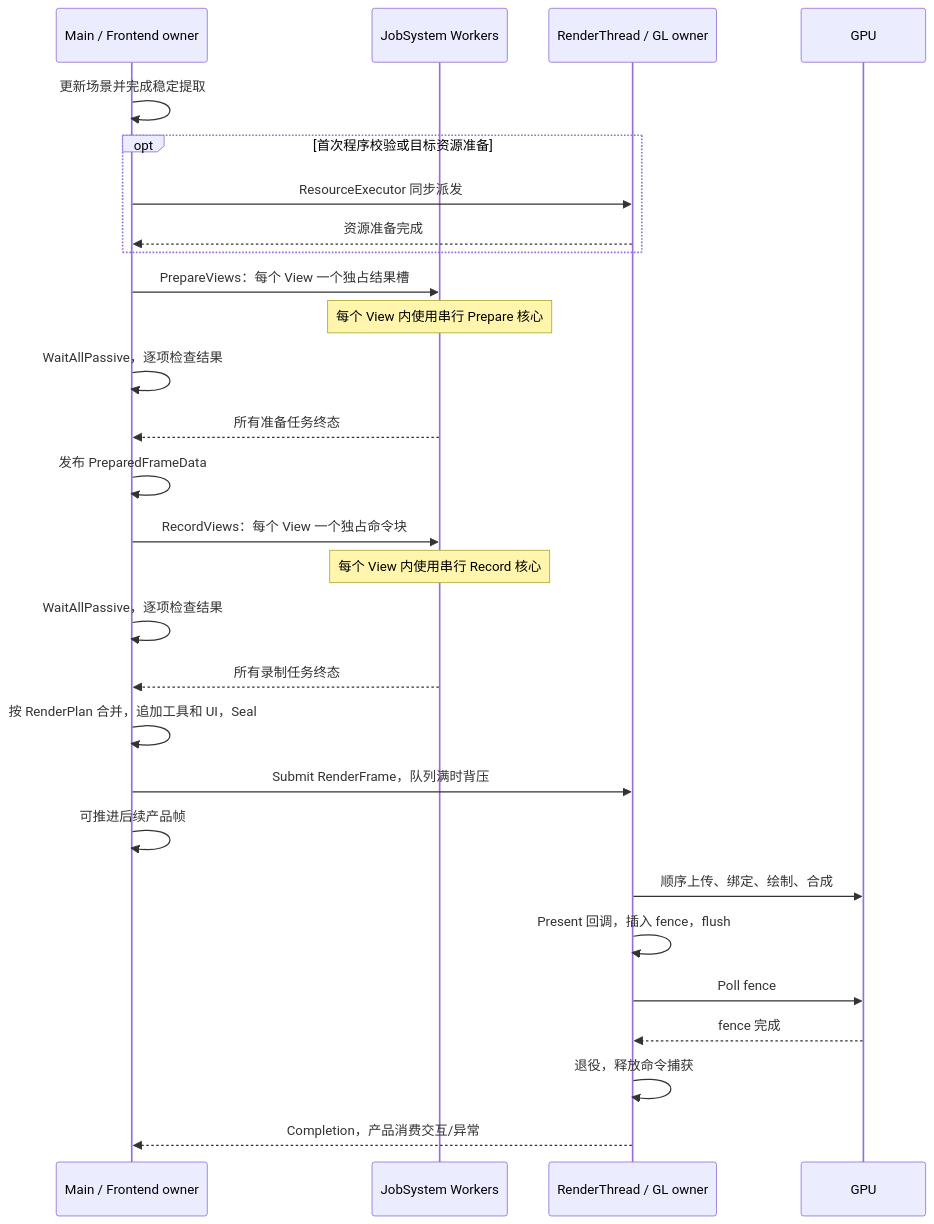
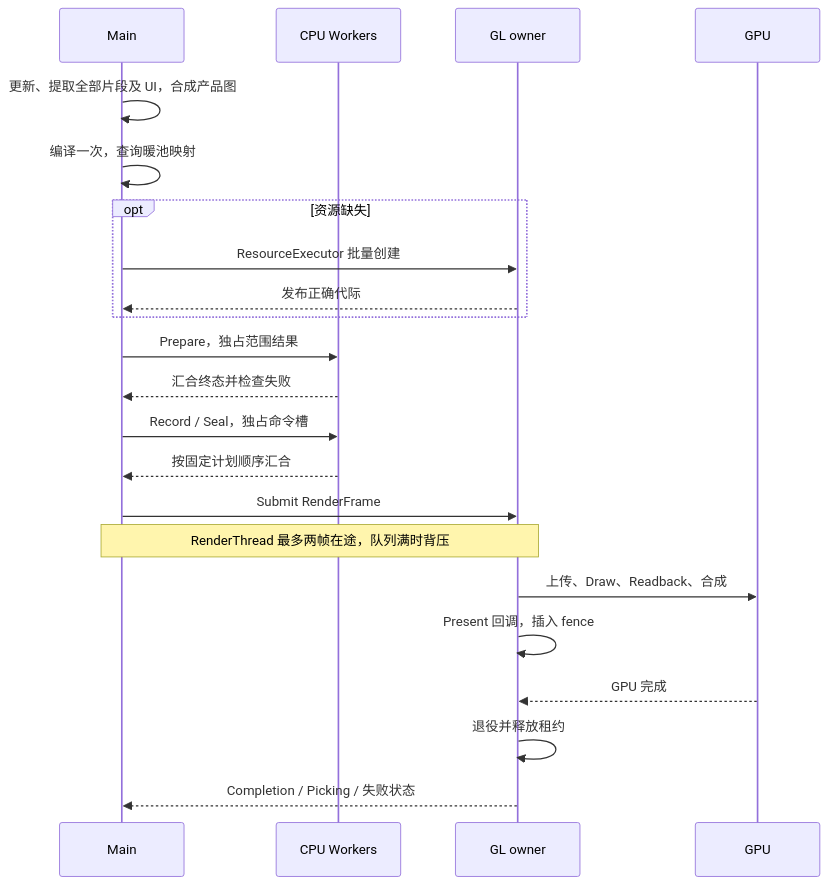
One commit to jechyang/Overload changed the third of 3 diagrams in RENDERING_ARCHITECTURE_DIAGRAM.zh-CN.md. Above: the diagram before and after it, drawn with Mermaid. The commit also changed other lines of this file and 29 other files, not shown here.

````diff
--- a/RENDERING_ARCHITECTURE_DIAGRAM.zh-CN.md
+++ b/RENDERING_ARCHITECTURE_DIAGRAM.zh-CN.md
@@ -118,30 +84,24 @@
 ```mermaid
 sequenceDiagram
-    participant M as Main / Frontend owner
-    participant W as JobSystem Workers
-    participant R as RenderThread / GL owner
+    participant M as Main
+    participant W as CPU Workers
+    participant R as GL owner
     participant G as GPU
-    M->>M: 更新场景并完成稳定提取
-    opt 首次程序校验或目标资源准备
-        M->>R: ResourceExecutor 同步派发
-        R-->>M: 资源准备完成
+    M->>M: 更新、提取全部片段及 UI，合成产品图
+    M->>M: 编译一次，查询暖池映射
+    opt 资源缺失
+        M->>R: ResourceExecutor 批量创建
+        R-->>M: 发布正确代际
     end
-    M->>W: PrepareViews：每个 View 一个独占结果槽
-    Note over W: 每个 View 内使用串行 Prepare 核心
-    M->>M: WaitAllPassive，逐项检查结果
-    W-->>M: 所有准备任务终态
-    M->>M: 发布 PreparedFrameData
-    M->>W: RecordViews：每个 View 一个独占命令块
-    Note over W: 每个 View 内使用串行 Record 核心
-    M->>M: WaitAllPassive，逐项检查结果
-    W-->>M: 所有录制任务终态
-    M->>M: 按 RenderPlan 合并，追加工具和 UI，Seal
-    M->>R: Submit RenderFrame，队列满时背压
-    M->>M: 可推进后续产品帧
-    R->>G: 顺序上传、绑定、绘制、合成
-    R->>R: Present 回调，插入 fence，flush
-    R->>G: Poll fence
-    G-->>R: fence 完成
-    R->>R: 退役，释放命令捕获
-    R-->>M: Completion，产品消费交互/异常
+    M->>W: Prepare，独占范围结果
+    W-->>M: 汇合终态并检查失败
+    M->>W: Record / Seal，独占命令槽
+    W-->>M: 按固定计划顺序汇合
+    M->>R: Submit RenderFrame
+    Note over M,R: RenderThread 最多两帧在途，队列满时背压
+    R->>G: 上传、Draw、Readback、合成
+    R->>R: Present 回调，插入 fence
+    G-->>R: GPU 完成
+    R->>R: 退役并释放租约
+    R-->>M: Completion / Picking / 失败状态
 ```
````
